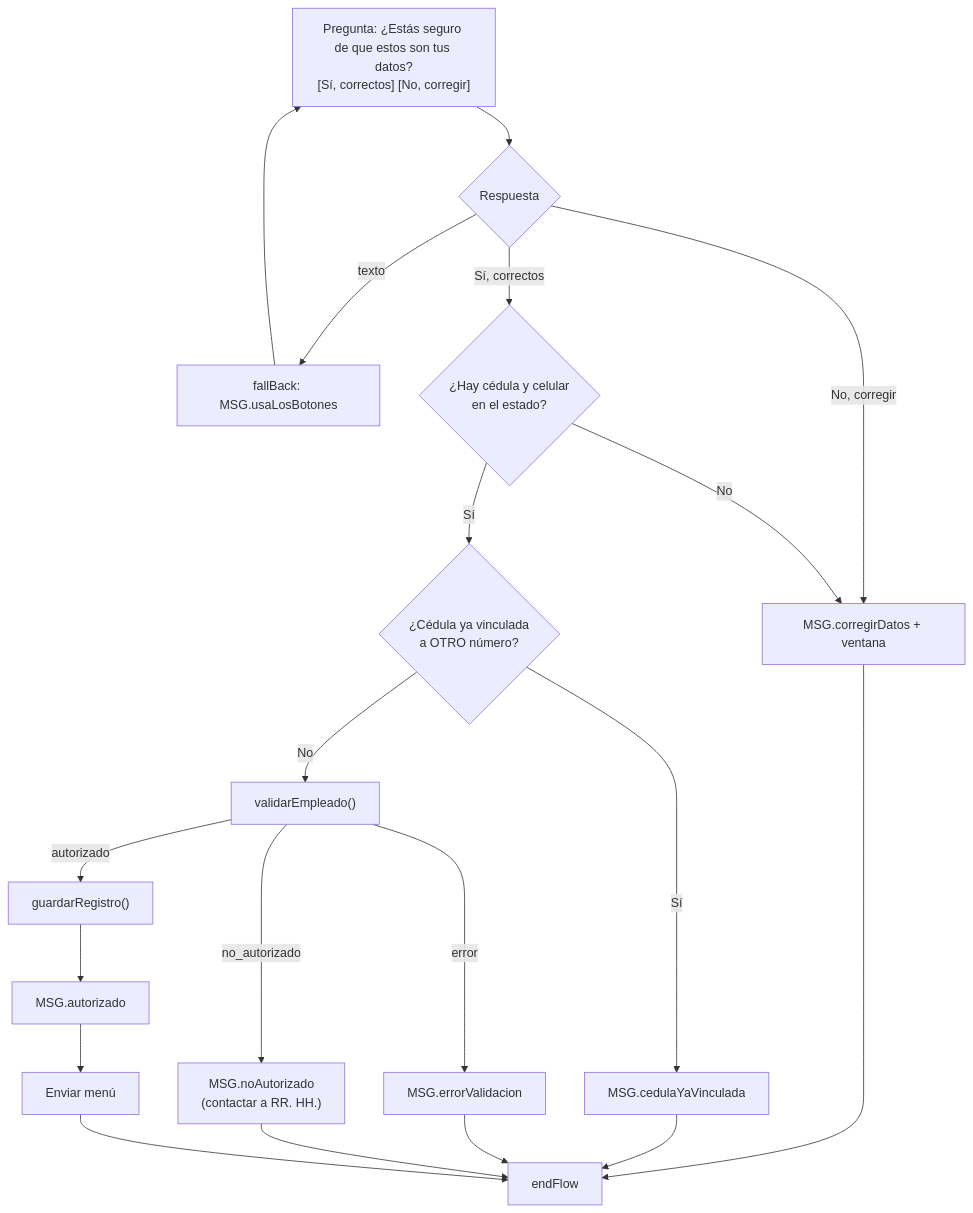
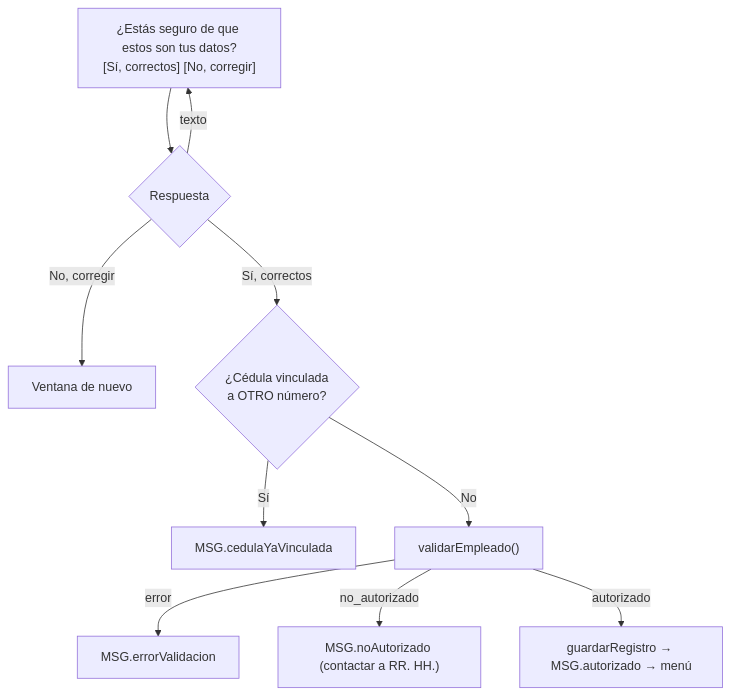
Before and after one commit to brayanfonseca-ai/valeri-bot: the third of 5 diagrams in docs/ARQUITECTURA_VALERI.md, drawn with Mermaid. The commit also changed other lines of this file and 18 other files, not shown here.

````diff
--- a/docs/ARQUITECTURA_VALERI.md
+++ b/docs/ARQUITECTURA_VALERI.md
@@ -259,14 +218,12 @@
 ```mermaid
 flowchart TD
-    A["Pregunta: ¿Estás seguro de que estos son tus datos?<br/>[Sí, correctos] [No, corregir]"] --> B{"Respuesta"}
-    B -- "texto" --> A2["fallBack: MSG.usaLosBotones"] --> A
-    B -- "No, corregir" --> C["MSG.corregirDatos + ventana"] --> FIN["endFlow"]
-    B -- "Sí, correctos" --> D{"¿Hay cédula y celular<br/>en el estado?"}
-    D -- No --> C
-    D -- Sí --> E{"¿Cédula ya vinculada<br/>a OTRO número?"}
-    E -- Sí --> F["MSG.cedulaYaVinculada"] --> FIN
-    E -- No --> G["validarEmpleado()"]
-    G -- error --> H["MSG.errorValidacion"] --> FIN
-    G -- no_autorizado --> I["MSG.noAutorizado<br/>(contactar a RR. HH.)"] --> FIN
-    G -- autorizado --> J["guardarRegistro()"] --> K["MSG.autorizado"] --> L["Enviar menú"] --> FIN
+    A["¿Estás seguro de que estos son tus datos?<br/>[Sí, correctos] [No, corregir]"] --> B{"Respuesta"}
+    B -- "texto" --> A
+    B -- "No, corregir" --> C["Ventana de nuevo"]
+    B -- "Sí, correctos" --> D{"¿Cédula vinculada<br/>a OTRO número?"}
+    D -- Sí --> F["MSG.cedulaYaVinculada"]
+    D -- No --> G["validarEmpleado()"]
+    G -- error --> H["MSG.errorValidacion"]
+    G -- no_autorizado --> I["MSG.noAutorizado (contactar a RR. HH.)"]
+    G -- autorizado --> J["guardarRegistro → MSG.autorizado → menú"]
 ```
````
